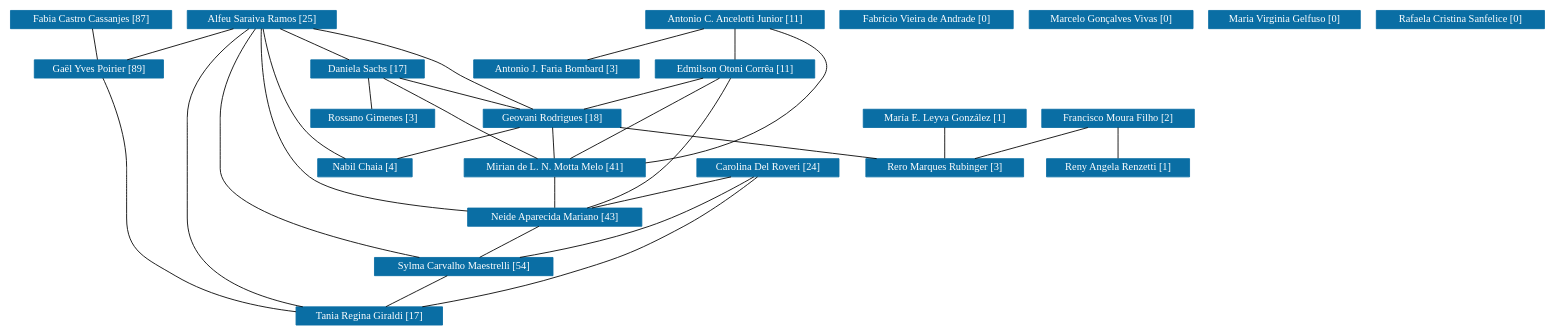
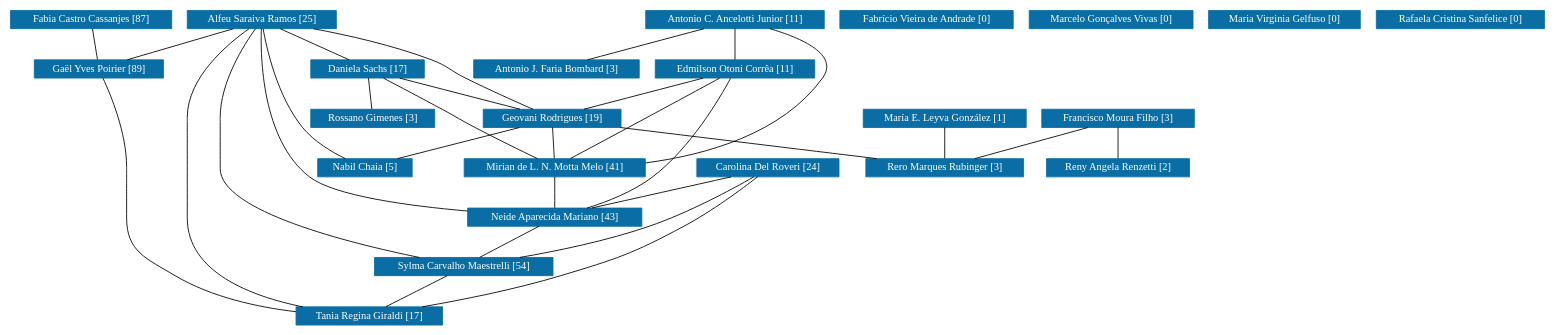
Before and after one commit to icamps/unifal-lattes: the diagram in PPGCEM/grafoDeColaboracoesSemPesos.dot, drawn with Graphviz. The commit also changed 736 other files, not shown here.

```diff
--- a/PPGCEM/grafoDeColaboracoesSemPesos.dot
+++ b/PPGCEM/grafoDeColaboracoesSemPesos.dot
@@ -35,7 +35,7 @@
 		color="#0A6EA4",
 		fontcolor="#FFFFFF",
 		height=0.29167,
-		label="Geovani Rodrigues [18]",
+		label="Geovani Rodrigues [19]",
 		pos="547.5,238.5",
 		width=1.8194];
 	0 -- 10	[pos="292.34,341.92 329.25,334.36 379.28,322.35 421.5,306 439.86,298.89 443.11,294.23 460.5,285 484.14,272.46 511.5,258.18 529.14,249.02"];
@@ -43,7 +43,7 @@
 		color="#0A6EA4",
 		fontcolor="#FFFFFF",
 		height=0.29167,
-		label="Nabil Chaia [4]",
+		label="Nabil Chaia [5]",
 		pos="364.5,181.5",
 		width=1.25];
 	0 -- 15	[pos="241.99,341.85 248.12,319.64 265.68,264.1 296.5,228 309.78,212.44 329.64,199.99 344.47,192.07"];
@@ -158,7 +158,7 @@
 		color="#0A6EA4",
 		fontcolor="#FFFFFF",
 		height=0.29167,
-		label="Francisco Moura Filho [2]",
+		label="Francisco Moura Filho [3]",
 		pos="1041.5,238.5",
 		width=1.9583];
 	8 -- 19	[pos="996.51,227.98 948.98,217.93 874.46,202.16 826.81,192.09"];
@@ -166,7 +166,7 @@
 		color="#0A6EA4",
 		fontcolor="#FFFFFF",
 		height=0.29167,
-		label="Reny Angela Renzetti [1]",
+		label="Reny Angela Renzetti [2]",
 		pos="942.5,181.5",
 		width=1.9028];
 	8 -- 18	[pos="1024.3,227.92 1006.2,217.89 977.99,202.22 959.88,192.16"];
```
